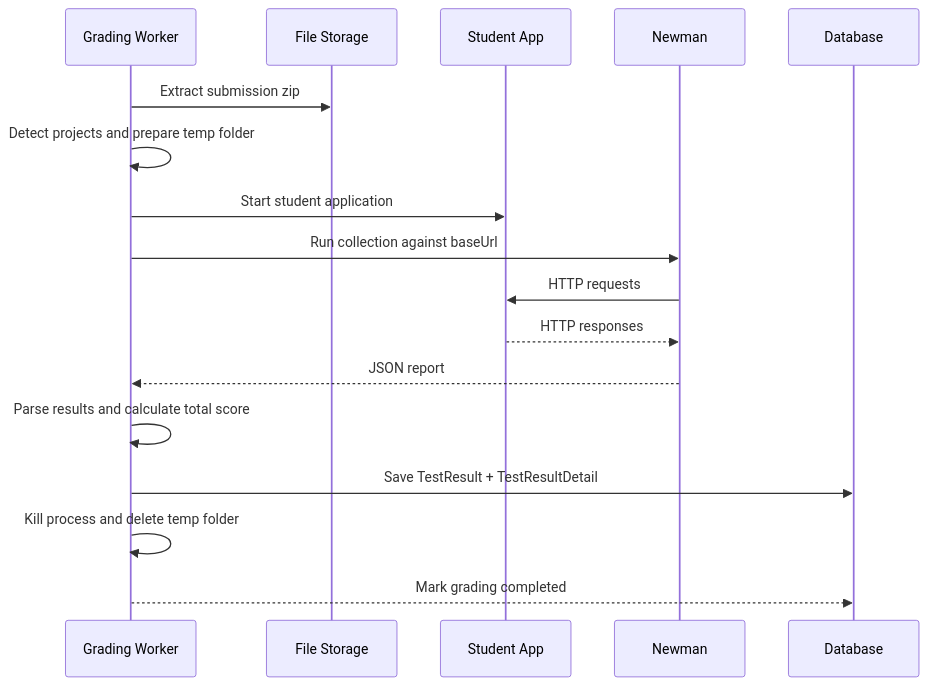
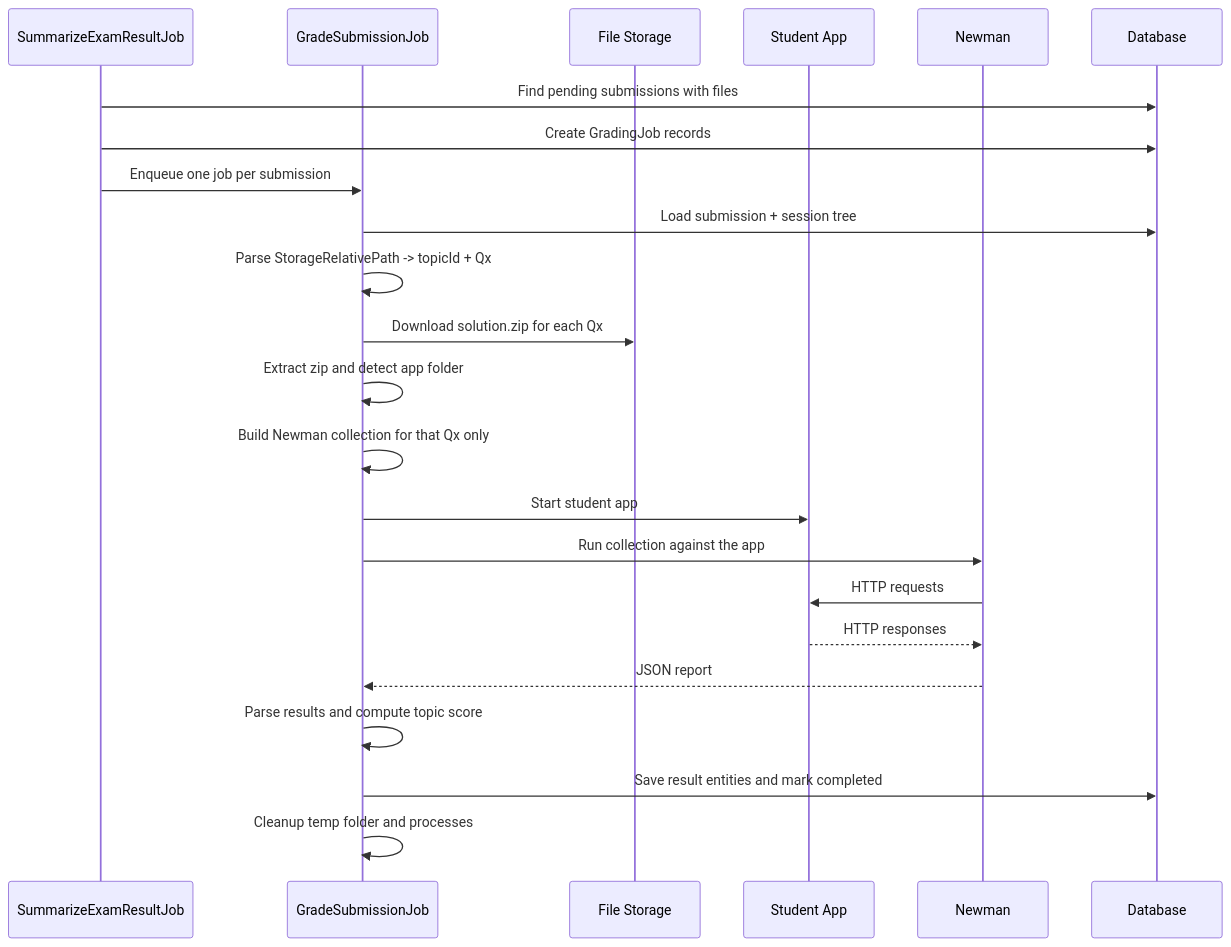
The fourth of 4 diagrams in docs/WORKFLOW_OVERVIEW.md (namprobe/PRN232_G9_AutoGradingTool), drawn with Mermaid before and after one commit. The commit also changed other lines of this file and 42 other files, not shown here.

First line of the commit message:
Add batch submit flow and grading job pipeline

````diff
--- a/docs/WORKFLOW_OVERVIEW.md
+++ b/docs/WORKFLOW_OVERVIEW.md
@@ -104,20 +96,26 @@
 ```mermaid
 sequenceDiagram
-    participant Worker as Grading Worker
+    participant Summary as SummarizeExamResultJob
+    participant Worker as GradeSubmissionJob
     participant FS as File Storage
     participant App as Student App
     participant Newman as Newman
     participant DB as Database
 
-    Worker->>FS: Extract submission zip
-    Worker->>Worker: Detect projects and prepare temp folder
-    Worker->>App: Start student application
-    Worker->>Newman: Run collection against baseUrl
+    Summary->>DB: Find pending submissions with files
+    Summary->>DB: Create GradingJob records
+    Summary->>Worker: Enqueue one job per submission
+    Worker->>DB: Load submission + session tree
+    Worker->>Worker: Parse StorageRelativePath -> topicId + Qx
+    Worker->>FS: Download solution.zip for each Qx
+    Worker->>Worker: Extract zip and detect app folder
+    Worker->>Worker: Build Newman collection for that Qx only
+    Worker->>App: Start student app
+    Worker->>Newman: Run collection against the app
     Newman->>App: HTTP requests
     App-->>Newman: HTTP responses
     Newman-->>Worker: JSON report
-    Worker->>Worker: Parse results and calculate total score
-    Worker->>DB: Save TestResult + TestResultDetail
-    Worker->>Worker: Kill process and delete temp folder
-    Worker-->>DB: Mark grading completed
+    Worker->>Worker: Parse results and compute topic score
+    Worker->>DB: Save result entities and mark completed
+    Worker->>Worker: Cleanup temp folder and processes
 ```
````
